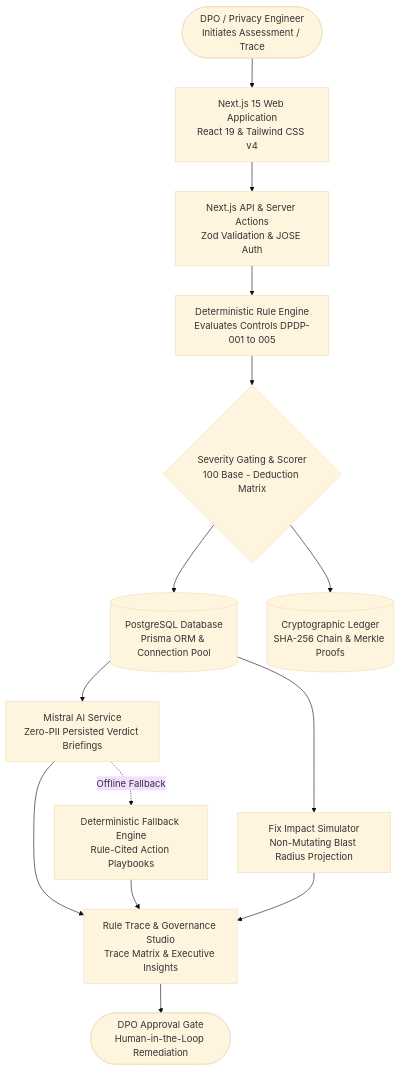
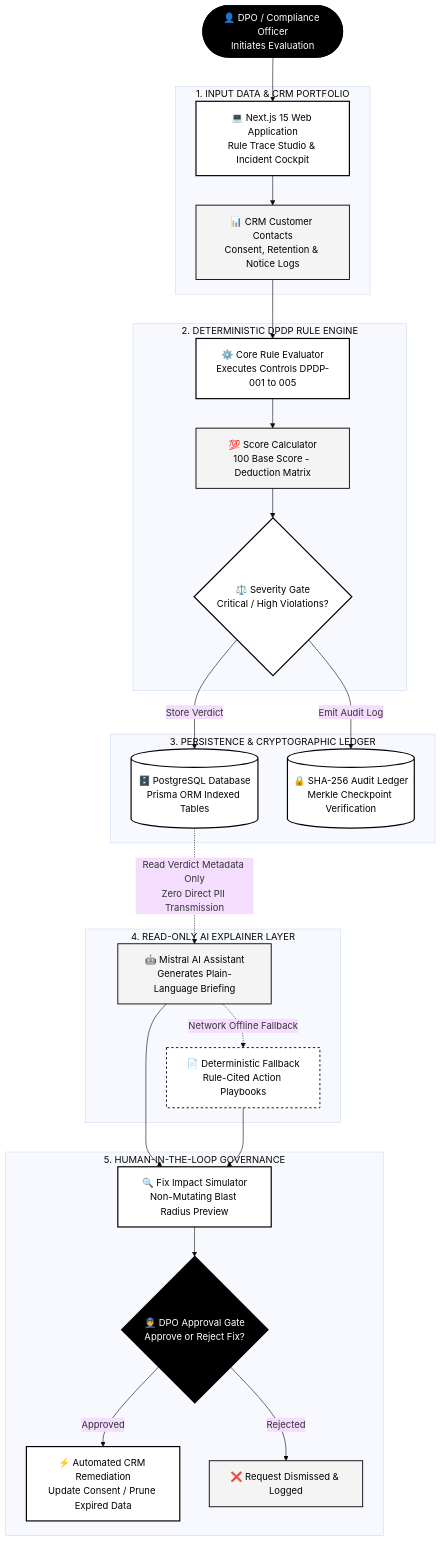
The diagram in README.md (VedantVH/SalesForce), drawn with Mermaid (base theme) before and after one commit. The commit also changed other lines of this file, not shown here.

Commit message:
docs: modernize architecture diagram with high-contrast black and white styling

````diff
--- a/README.md
+++ b/README.md
@@ -51,22 +51,38 @@
 ```mermaid
 flowchart TD
-    User([DPO / Privacy Engineer<br>Initiates Assessment / Trace]) --> UI[Next.js 15 Web Application<br>React 19 & Tailwind CSS v4]
-    UI --> API[Next.js API & Server Actions<br>Zod Validation & JOSE Auth]
+    %% Black & White Monochrome Style Definition
+    classDef primary fill:#ffffff,stroke:#000000,stroke-width:2px,color:#000000;
+    classDef highlight fill:#000000,stroke:#000000,stroke-width:2px,color:#ffffff;
+    classDef soft fill:#f4f4f5,stroke:#000000,stroke-width:1.5px,color:#000000;
+    classDef dashed fill:#ffffff,stroke:#000000,stroke-width:1.5px,stroke-dasharray: 4 4,color:#000000;
 
-    API --> Engine[Deterministic Rule Engine<br>Evaluates Controls DPDP-001 to 005]
-    Engine --> Gate{Severity Gating & Scorer<br>100 Base - Deduction Matrix}
+    User([👤 DPO / Compliance Officer<br>Initiates Evaluation]):::highlight --> UI[💻 Next.js 15 Web Application<br>Rule Trace Studio & Incident Cockpit]:::primary
 
-    Gate --> DB[(PostgreSQL Database<br>Prisma ORM & Connection Pool)]
-    Gate --> Audit[(Cryptographic Ledger<br>SHA-256 Chain & Merkle Proofs)]
+    subgraph STEP1 ["1. INPUT DATA & CRM PORTFOLIO"]
+        UI --> Contacts[📊 CRM Customer Contacts<br>Consent, Retention & Notice Logs]:::soft
+    end
 
-    DB --> AI[Mistral AI Service<br>Zero-PII Persisted Verdict Briefings]
-    DB --> Sim[Fix Impact Simulator<br>Non-Mutating Blast Radius Projection]
+    subgraph STEP2 ["2. DETERMINISTIC DPDP RULE ENGINE"]
+        Contacts --> Engine[⚙️ Core Rule Evaluator<br>Executes Controls DPDP-001 to 005]:::primary
+        Engine --> Score[💯 Score Calculator<br>100 Base Score - Deduction Matrix]:::soft
+        Score --> Gate{⚖️ Severity Gate<br>Critical / High Violations?}:::primary
+    end
 
-    AI -.->|Offline Fallback| Fallback[Deterministic Fallback Engine<br>Rule-Cited Action Playbooks]
+    subgraph STEP3 ["3. PERSISTENCE & CRYPTOGRAPHIC LEDGER"]
+        Gate -->|"Store Verdict"| DB[(🗄️ PostgreSQL Database<br>Prisma ORM Indexed Tables)]:::primary
+        Gate -->|"Emit Audit Log"| Ledger[(🔒 SHA-256 Audit Ledger<br>Merkle Checkpoint Verification)]:::primary
+    end
 
-    AI --> Studio[Rule Trace & Governance Studio<br>Trace Matrix & Executive Insights]
-    Fallback --> Studio
-    Sim --> Studio
+    subgraph STEP4 ["4. READ-ONLY AI EXPLAINER LAYER"]
+        DB -.->|"Read Verdict Metadata Only<br>Zero Direct PII Transmission"| AI[🤖 Mistral AI Assistant<br>Generates Plain-Language Briefing]:::soft
+        AI -.->|"Network Offline Fallback"| Fallback[📄 Deterministic Fallback<br>Rule-Cited Action Playbooks]:::dashed
+    end
 
-    Studio --> Action([DPO Approval Gate<br>Human-in-the-Loop Remediation])
+    subgraph STEP5 ["5. HUMAN-IN-THE-LOOP GOVERNANCE"]
+        AI --> Portal[🔍 Fix Impact Simulator<br>Non-Mutating Blast Radius Preview]:::primary
+        Fallback --> Portal
+        Portal --> Decision{👮 DPO Approval Gate<br>Approve or Reject Fix?}:::highlight
+        Decision -->|"Approved"| Sync[⚡ Automated CRM Remediation<br>Update Consent / Prune Expired Data]:::primary
+        Decision -->|"Rejected"| Dismiss[❌ Request Dismissed & Logged]:::soft
+    end
 ```
````
